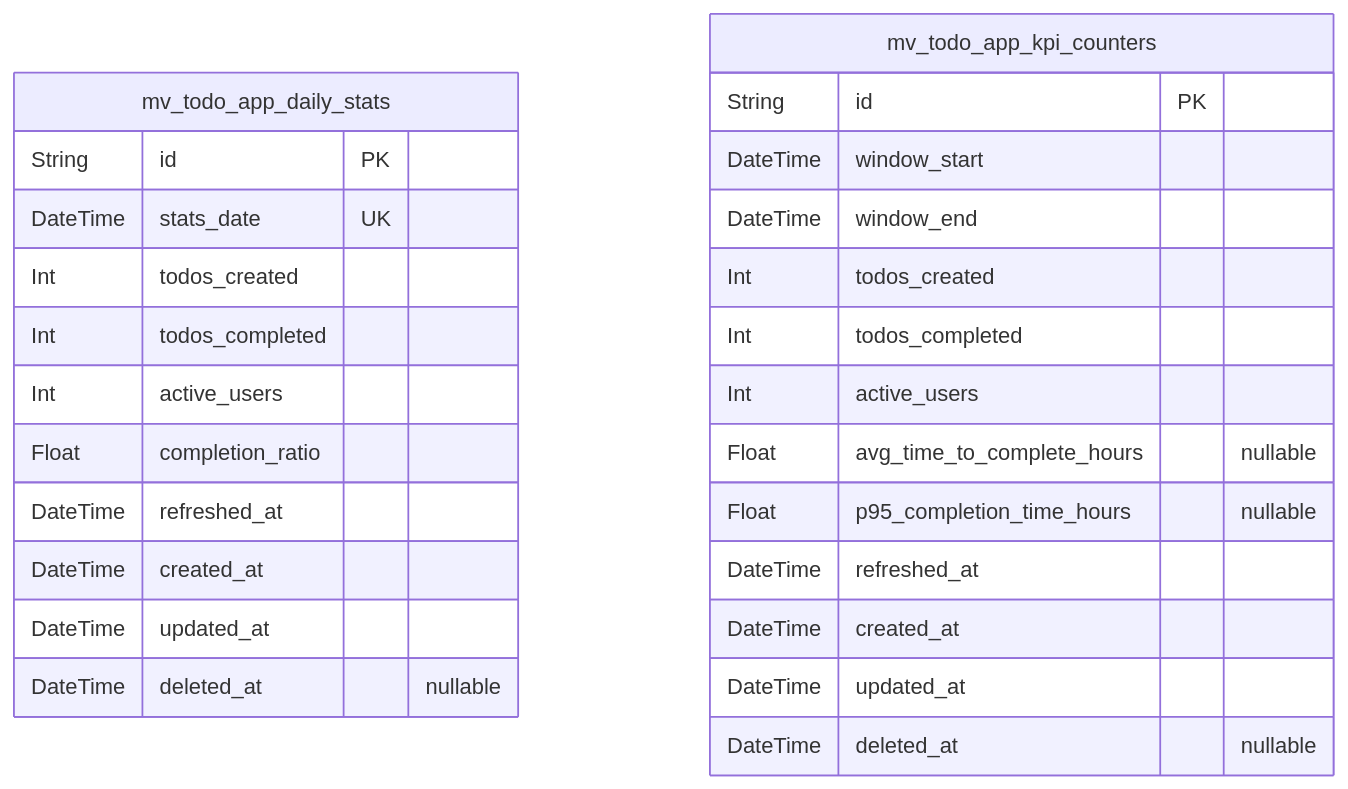
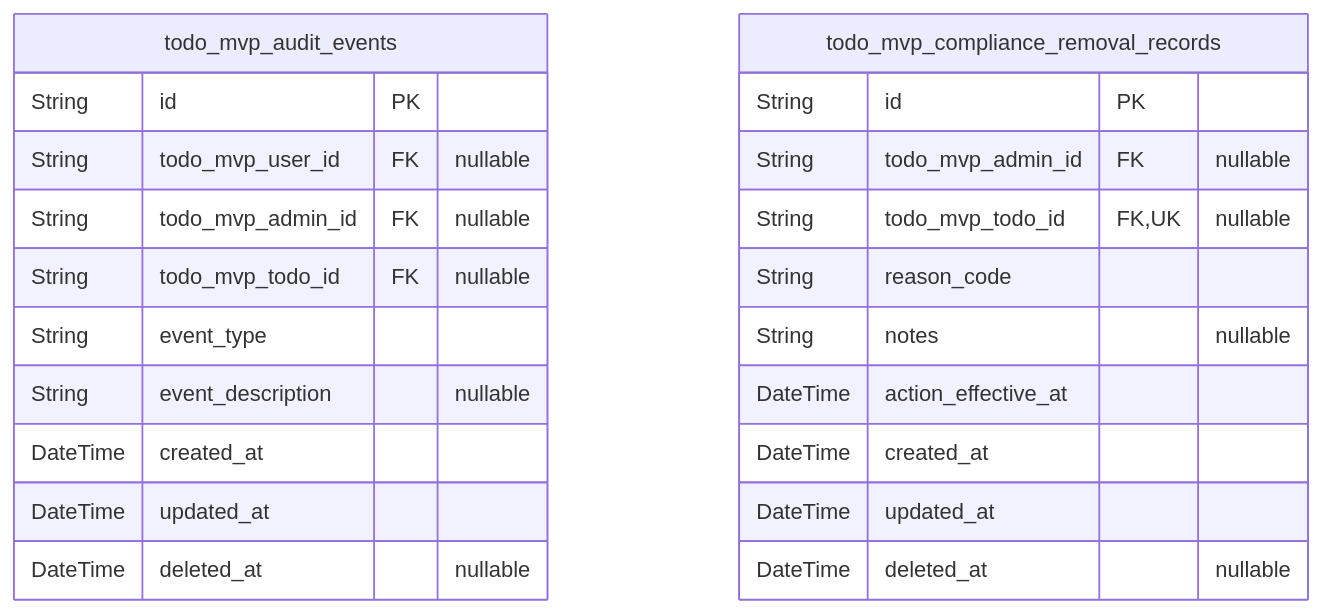
The fourth of 4 diagrams in docs/ERD.md (wrtnlabs/autobe-example-todo-openai-gpt-5), drawn with Mermaid before and after one commit. The commit also changed other lines of this file and 957 other files, not shown here.

````diff
--- a/docs/ERD.md
+++ b/docs/ERD.md
@@ -1456,29 +221,25 @@
 ```mermaid
 erDiagram
-"mv_todo_app_daily_stats" {
+"todo_mvp_audit_events" {
   String id PK
-  DateTime stats_date UK
-  Int todos_created
-  Int todos_completed
-  Int active_users
-  Float completion_ratio
-  DateTime refreshed_at
+  String todo_mvp_user_id FK "nullable"
+  String todo_mvp_admin_id FK "nullable"
+  String todo_mvp_todo_id FK "nullable"
+  String event_type
+  String event_description "nullable"
   DateTime created_at
   DateTime updated_at
   DateTime deleted_at "nullable"
 }
-"mv_todo_app_kpi_counters" {
+"todo_mvp_compliance_removal_records" {
   String id PK
-  DateTime window_start
-  DateTime window_end
-  Int todos_created
-  Int todos_completed
-  Int active_users
-  Float avg_time_to_complete_hours "nullable"
-  Float p95_completion_time_hours "nullable"
-  DateTime refreshed_at
+  String todo_mvp_admin_id FK "nullable"
+  String todo_mvp_todo_id FK,UK "nullable"
+  String reason_code
+  String notes "nullable"
+  DateTime action_effective_at
   DateTime created_at
   DateTime updated_at
   DateTime deleted_at "nullable"
 }
 ```
````
